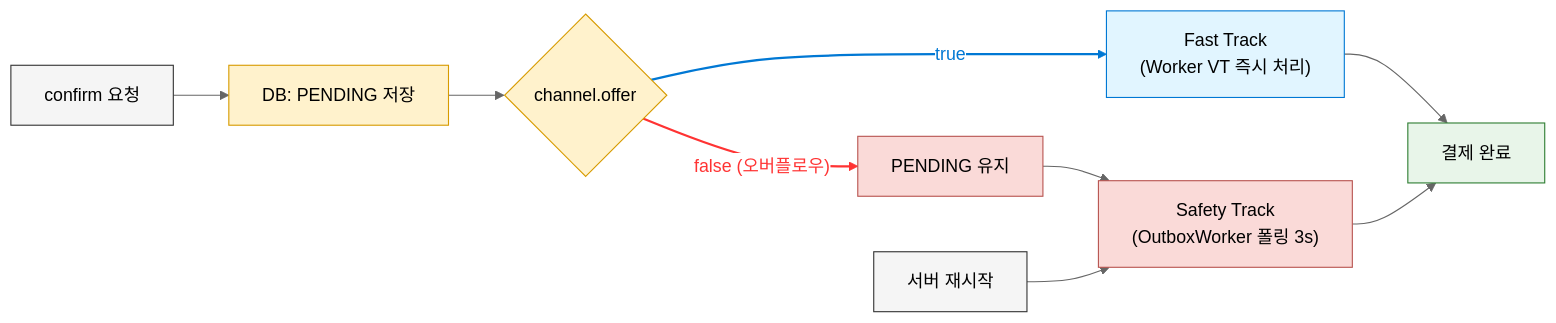
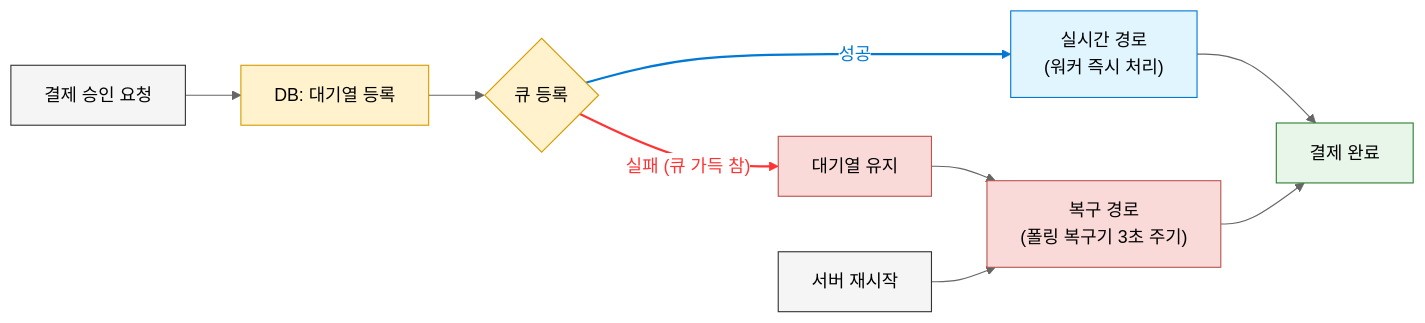
One commit to hyoguoo/hyoguoo.github.io changed the eighth of 8 diagrams in src/content/docs/blog/async-payment-flow.md. Above: the diagram before and after it, drawn with Mermaid (neutral theme). The commit also changed other lines of this file and 1 other file, not shown here.

````diff
--- a/src/content/docs/blog/async-payment-flow.md
+++ b/src/content/docs/blog/async-payment-flow.md
@@ -535,24 +538,24 @@
 ```mermaid
 graph LR
 %% 클래스 정의 (가독성 및 테마 대응 규칙 적용)
     classDef entry fill: #F5F5F5, stroke: #333, color: #000
     classDef data fill: #FFF2CC, stroke: #D79B00, color: #000
     classDef fast fill: #E1F5FF, stroke: #0078D4, color: #000
     classDef safety fill: #FADAD8, stroke: #B85450, color: #000
     classDef success fill: #E8F5E9, stroke: #2E7D32, color: #000
-    A["confirm 요청"]:::entry --> B["DB: PENDING 저장"]:::data
-    B --> C{"channel.offer"}:::data
+    A["결제 승인 요청"]:::entry --> B["DB: 대기열 등록"]:::data
+    B --> C{"큐 등록"}:::data
 %% Fast Track: 실시간성 보장
-    C -- " true " --> D["Fast Track<br/>(Worker VT 즉시 처리)"]:::fast
+    C -- " 성공 " --> D["실시간 경로<br/>(워커 즉시 처리)"]:::fast
 %% Safety Track: 안정성 보장 (Backpressure)
-    C -- " false (오버플로우) " --> E["PENDING 유지"]:::safety
-    E --> F["Safety Track<br/>(OutboxWorker 폴링 3s)"]:::safety
+    C -- " 실패 (큐 가득 참) " --> E["대기열 유지"]:::safety
+    E --> F["복구 경로<br/>(폴링 복구기 3초 주기)"]:::safety
 %% 장애 복구 트리거
     H["서버 재시작"]:::entry --> F
 %% 최종 결과
     D --> G["결제 완료"]:::success
     F --> G
 %% 연결선 스타일
     linkStyle 2 stroke: #0078D4, stroke-width: 2px, color: #0078D4
     linkStyle 3 stroke: #FF3333, stroke-width: 2px, color: #FF3333
 ```
````
